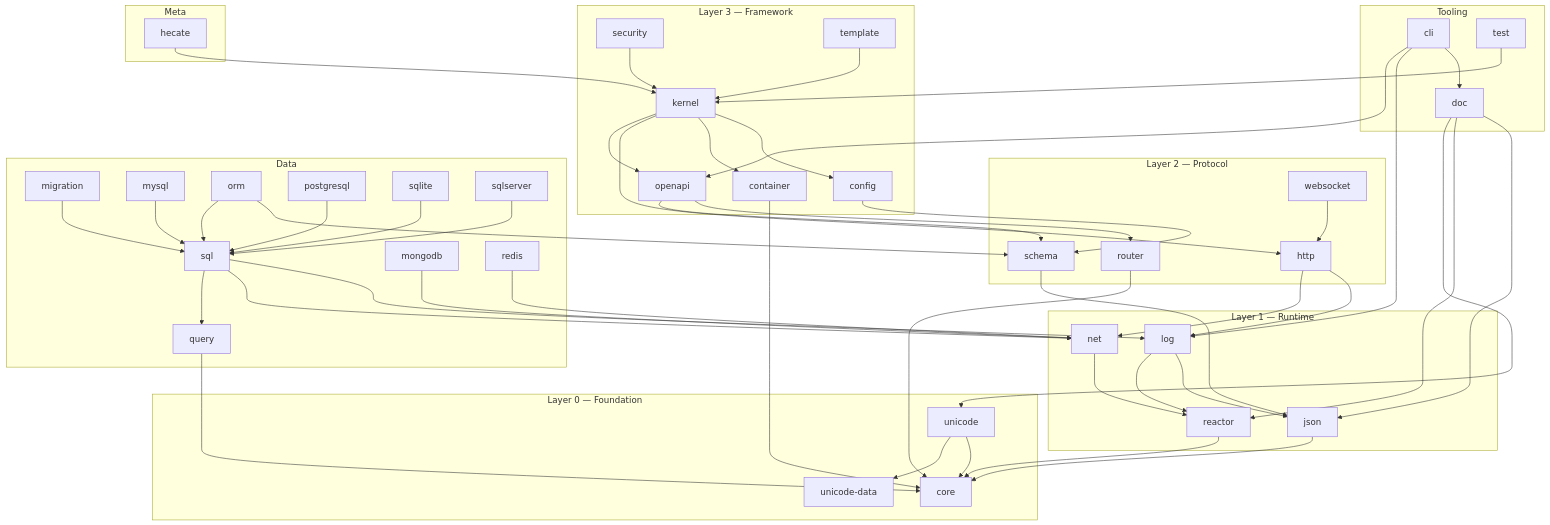
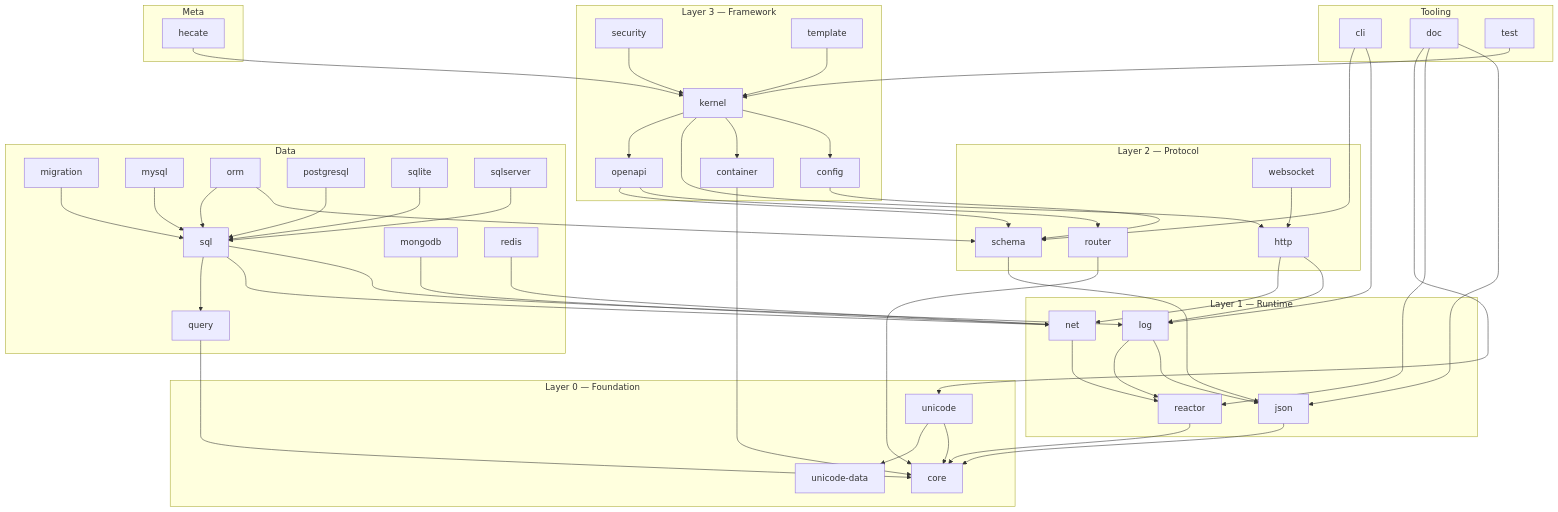
One commit to hecate-framework/hecate changed the first of 2 diagrams in docs/architecture/overview.md. Above: the diagram before and after it, drawn with Mermaid. The commit also changed 8 other files, not shown here.

First line of the commit message:
refactor(cli)!: run hecate.openapi and hecate.doc of the project in its interpreter

````diff
--- a/docs/architecture/overview.md
+++ b/docs/architecture/overview.md
@@ -10,62 +10,61 @@
 ```mermaid
 flowchart TB
   subgraph L0[Layer 0 — Foundation]
     core
     unicode --> core
     unicode --> unicode-data
     unicode-data
   end
   subgraph L1[Layer 1 — Runtime]
     json --> core
     log --> json
     log --> reactor
     net --> reactor
     reactor --> core
   end
   subgraph L2[Layer 2 — Protocol]
     http --> log
     http --> net
     router --> core
     schema --> json
     websocket --> http
   end
   subgraph L3[Layer 3 — Framework]
     config --> schema
     container --> core
     kernel --> config
     kernel --> container
     kernel --> http
     kernel --> openapi
     openapi --> router
     openapi --> schema
     security --> kernel
     template --> kernel
   end
   subgraph D[Data]
     migration --> sql
     mongodb --> net
     mysql --> sql
     orm --> schema
     orm --> sql
     postgresql --> sql
     query --> core
     redis --> net
     sql --> log
     sql --> net
     sql --> query
     sqlite --> sql
     sqlserver --> sql
   end
   subgraph T[Tooling]
-    cli --> doc
     cli --> log
-    cli --> openapi
+    cli --> schema
     doc --> json
     doc --> reactor
     doc --> unicode
     test --> kernel
   end
   subgraph M[Meta]
     hecate --> kernel
   end
 ```
````
